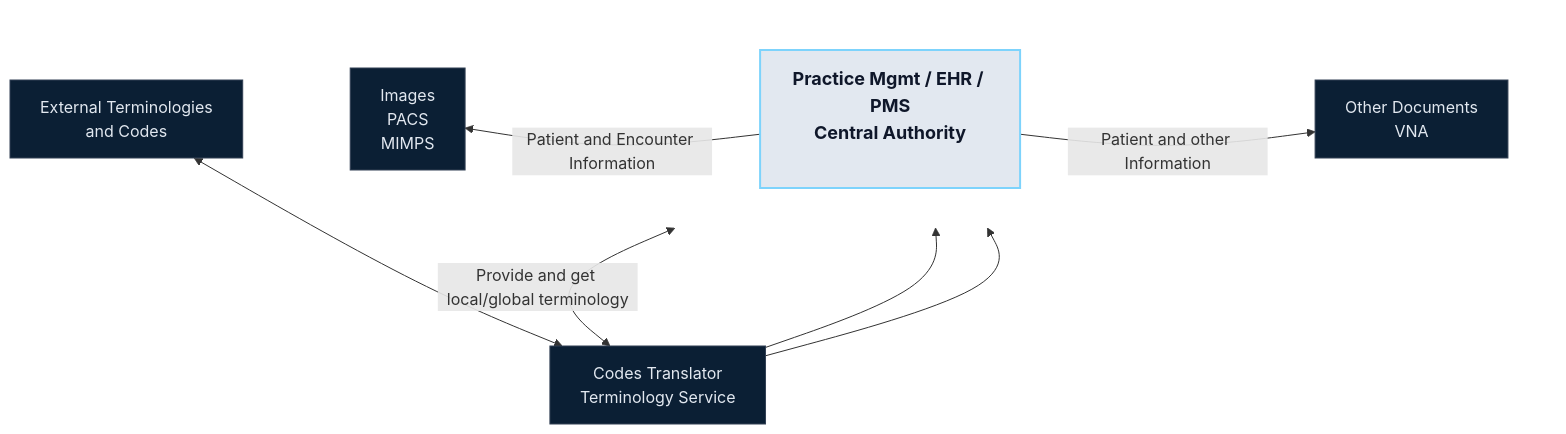
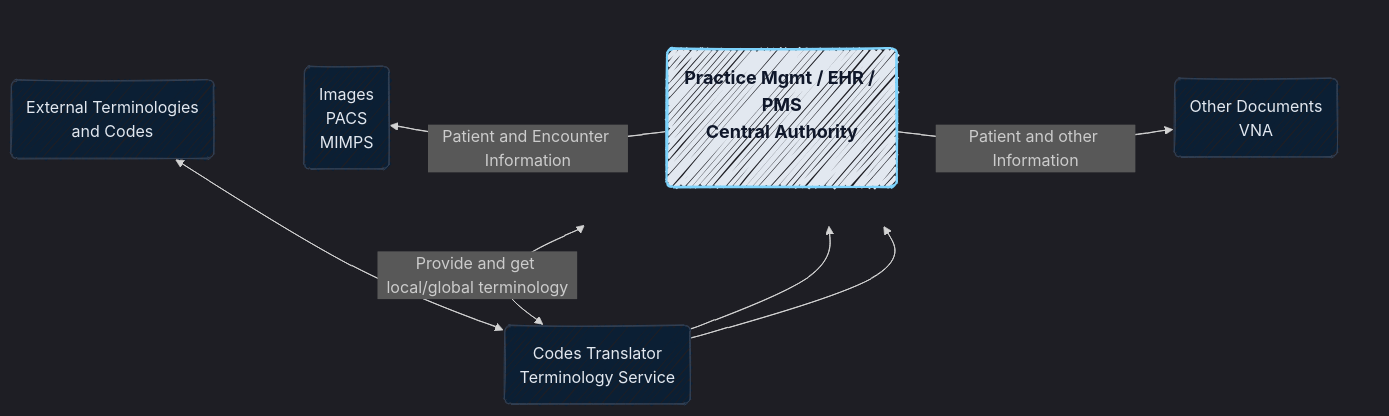
The diagram in assets/diagrams/mwl_actors.mmd (open-ortho/lectures), drawn with Mermaid before and after one commit. The commit also changed 3 other files, not shown here.

Commit message:
Update Makefile and diagrams; add detect-browser target and improve Mermaid diagram configurations

```diff
--- a/assets/diagrams/mwl_actors.mmd
+++ b/assets/diagrams/mwl_actors.mmd
@@ -1,34 +1,38 @@
-%%{init: {"flowchart": {"nodeSpacing": 60, "rankSpacing": 70}}}%%
+---
+config:
+  look: handDrawn
+  theme: dark
+---
 flowchart TB
-    B5[External Terminologies<br/>and Codes]
-    B4[Codes Translator<br/>Terminology Service]
+    B5(External Terminologies<br/>and Codes)
+    B4(Codes Translator<br/>Terminology Service)
 
     subgraph bottom[ ]
         direction LR
-        B1[Images<br/>PACS<br/>MIMPS]
-        B2[Practice Mgmt / EHR / PMS<br/>Central Authority<br/>&nbsp;]
-        B3[Other Documents<br/>VNA]
+        B1(Images<br/>PACS<br/>MIMPS)
+        B2(Practice Mgmt / EHR / PMS<br/>Central Authority<br/>&nbsp;)
+        B3(Other Documents<br/>VNA)
         B1 --- B2 --- B3
     end
 
     style bottom fill:transparent,stroke:transparent
 
     B5 --- B4
     B4 --- B2
     linkStyle 0 stroke:transparent,opacity:0
     linkStyle 1 stroke:transparent,opacity:0
     linkStyle 2 stroke:transparent,opacity:0
     linkStyle 3 stroke:transparent,opacity:0
 
     B2 -- Patient and Encounter Information --> B1
     B2 -- Patient and other Information --> B3
 
     B2 <--> |Provide and get local/global terminology| B4
     B4 --> B1
     B4 --> B3
     B5 <--> B4
 
     classDef central fill:#e2e8f0,stroke:#7dd3fc,stroke-width:2px,color:#0f172a,font-weight:bold,font-size:18px;
     classDef normal fill:#0b1f34,stroke:#334155,stroke-width:1px,color:#e2e8f0;
     class B2 central
     class B1,B3,B4,B5 normal
```
